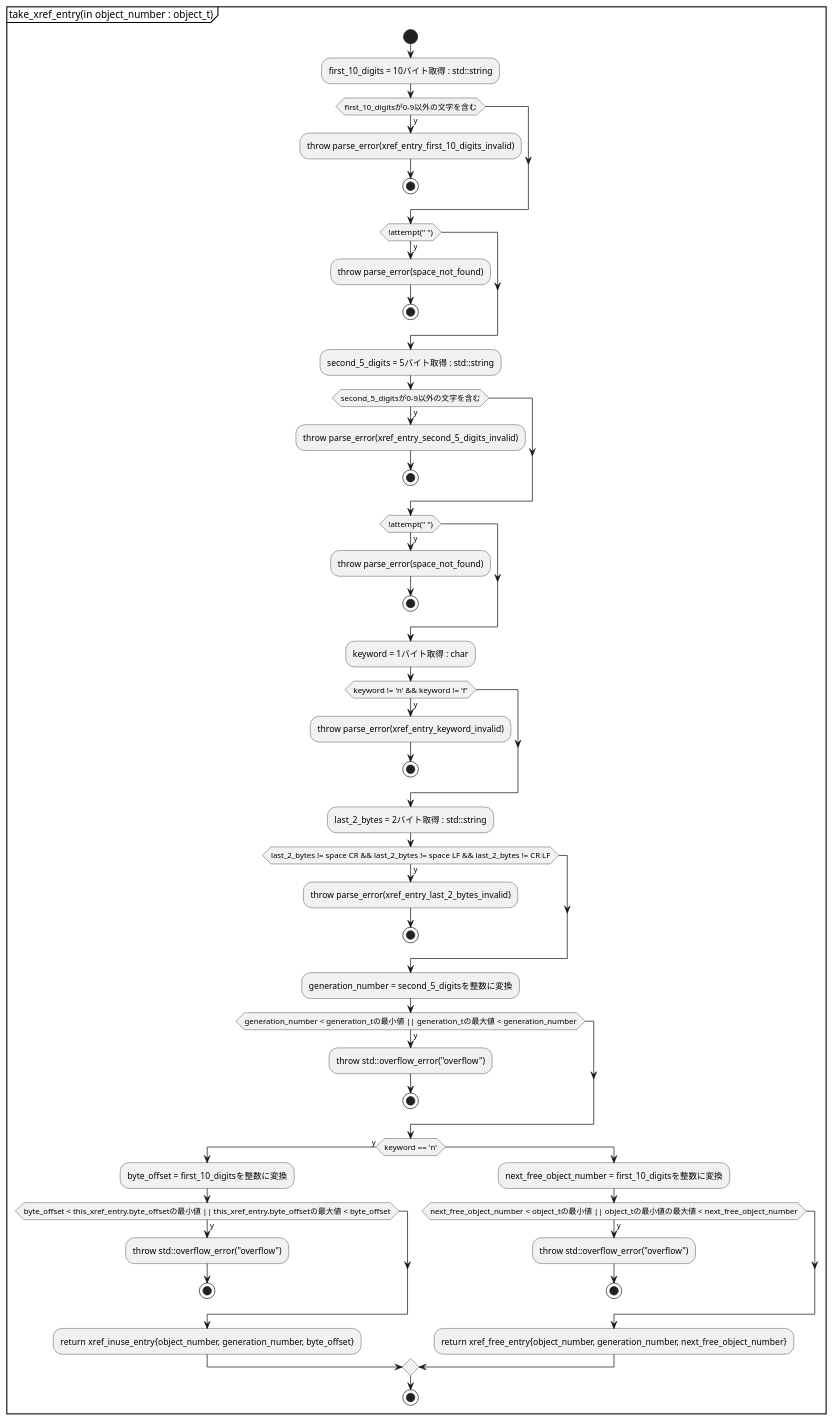
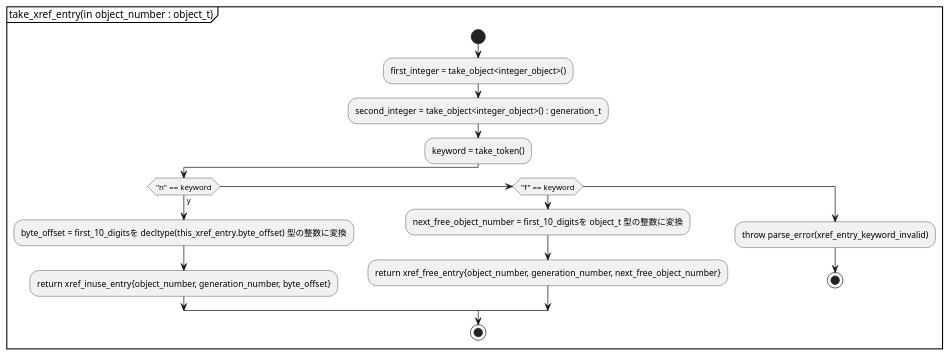
One commit to KodaiYM/PDFReader changed the ninth of 27 diagrams in document/stream_parser.activity.pu. Above: the diagram before and after it, drawn with PlantUML. The commit also changed other lines of this file and 7 other files, not shown here.

```diff
--- a/document/stream_parser.activity.pu
+++ b/document/stream_parser.activity.pu
@@ -197,55 +148,21 @@
 @startuml take_xref_entry
 partition "take_xref_entry(in object_number : object_t)" {
 start
-	:first_10_digits = 10バイト取得 : std::string;
-	if (first_10_digitsが0-9以外の文字を含む) then (y)
-		:throw parse_error(xref_entry_first_10_digits_invalid);
-		stop
-	endif
-	if (!attempt(" ")) then (y)
-		:throw parse_error(space_not_found);
-		stop
-	endif
-	:second_5_digits = 5バイト取得 : std::string;
-	if (second_5_digitsが0-9以外の文字を含む) then (y)
-		:throw parse_error(xref_entry_second_5_digits_invalid);
-		stop
-	endif
-	if (!attempt(" ")) then (y)
-		:throw parse_error(space_not_found);
-		stop
-	endif
-	:keyword = 1バイト取得 : char;
-	if (keyword != 'n' && keyword != 'f') then (y)
+	:first_integer = take_object<integer_object>();
+	:second_integer = take_object<integer_object>() : generation_t;
+
+	:keyword = take_token();
+
+	if ("n" == keyword) then (y)
+		:byte_offset = first_10_digitsを decltype(this_xref_entry.byte_offset) 型の整数に変換;
+		:return xref_inuse_entry{object_number, generation_number, byte_offset};
+	elseif ("f" == keyword)
+		:next_free_object_number = first_10_digitsを object_t 型の整数に変換;
+		:return xref_free_entry{object_number, generation_number, next_free_object_number};
+	else
 		:throw parse_error(xref_entry_keyword_invalid);
 		stop
-	endif
-	:last_2_bytes = 2バイト取得 : std::string;
-	if (last_2_bytes != space CR && last_2_bytes != space LF && last_2_bytes != CR LF) then (y)
-		:throw parse_error(xref_entry_last_2_bytes_invalid);
-		stop
-	endif
-
-	:generation_number = second_5_digitsを整数に変換;
-	if (generation_number < generation_tの最小値 || generation_tの最大値 < generation_number) then (y)
-		:throw std::overflow_error("overflow");
-		stop
-	endif
-	if (keyword == 'n') then (y)
-		:byte_offset = first_10_digitsを整数に変換;
-		if (byte_offset < this_xref_entry.byte_offsetの最小値 || this_xref_entry.byte_offsetの最大値 < byte_offset) then (y)
-			:throw std::overflow_error("overflow");
-			stop
-		endif
-		:return xref_inuse_entry{object_number, generation_number, byte_offset};
-	else
-		:next_free_object_number = first_10_digitsを整数に変換;
-		if (next_free_object_number < object_tの最小値 || object_tの最小値の最大値 < next_free_object_number) then (y)
-			:throw std::overflow_error("overflow");
-			stop
-		endif
-		:return xref_free_entry{object_number, generation_number, next_free_object_number};
 	endif
 stop
 }
 @enduml
```
